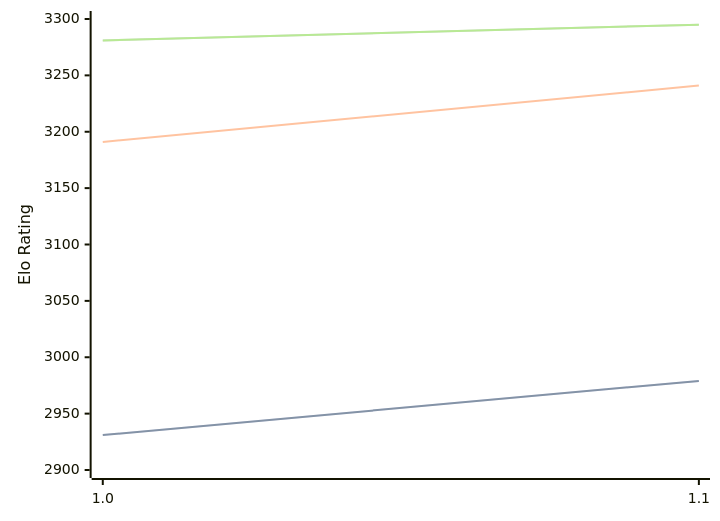
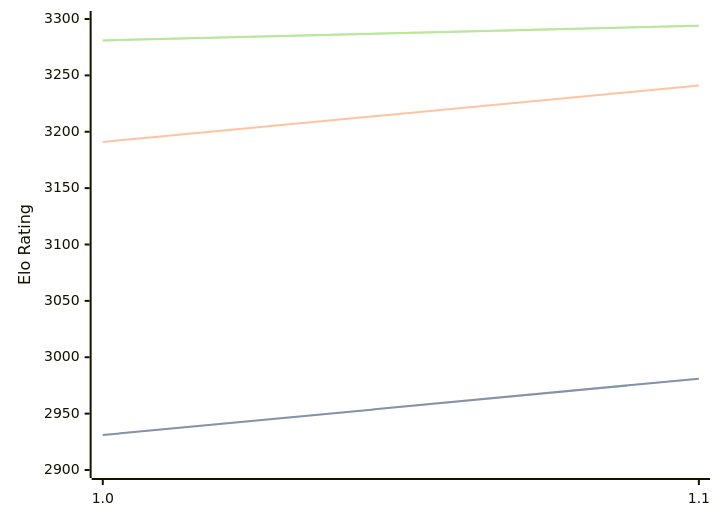
One commit to computer-chess-index/cci changed the diagram in engines/RodentV.md. Above: the diagram before and after it, drawn with Mermaid. The commit also changed other lines of this file, not shown here.

Commit message:
Update CCI Ratings (ELO VLTC) - 2026-08-25

````diff
--- a/engines/RodentV.md
+++ b/engines/RodentV.md
@@ -32,11 +32,11 @@
 ```mermaid
 %%{init: {"theme":"base","themeVariables":{"seriesColors:['#a3a3a3','#222221','#faa371']}}}%%
 xychart-beta
   x-axis ["1.0", "1.1"]
   y-axis "Elo Rating" 2900 --> 3300
-  line "STC (8.0+0.08s)" [2931, 2979]
-  line "STC (8.0+0.08s)" [2931, 2979]
+  line "STC (8.0+0.08s)" [2931, 2981]
+  line "STC (8.0+0.08s)" [2931, 2981]
   line "LTC (60.0+0.60s)" [3191, 3241]
-  line "VLTC (2m24s+1.12s)" [3281, 3295]
-  line "VLTC (2m24s+1.12s)" [3281, 3295]
+  line "VLTC (2m24s+1.12s)" [3281, 3294]
+  line "VLTC (2m24s+1.12s)" [3281, 3294]
 ```
````
